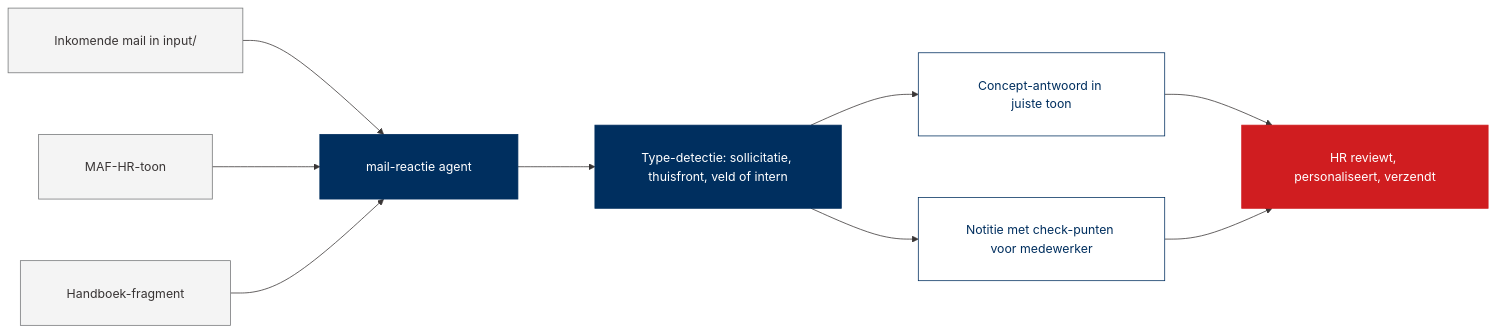
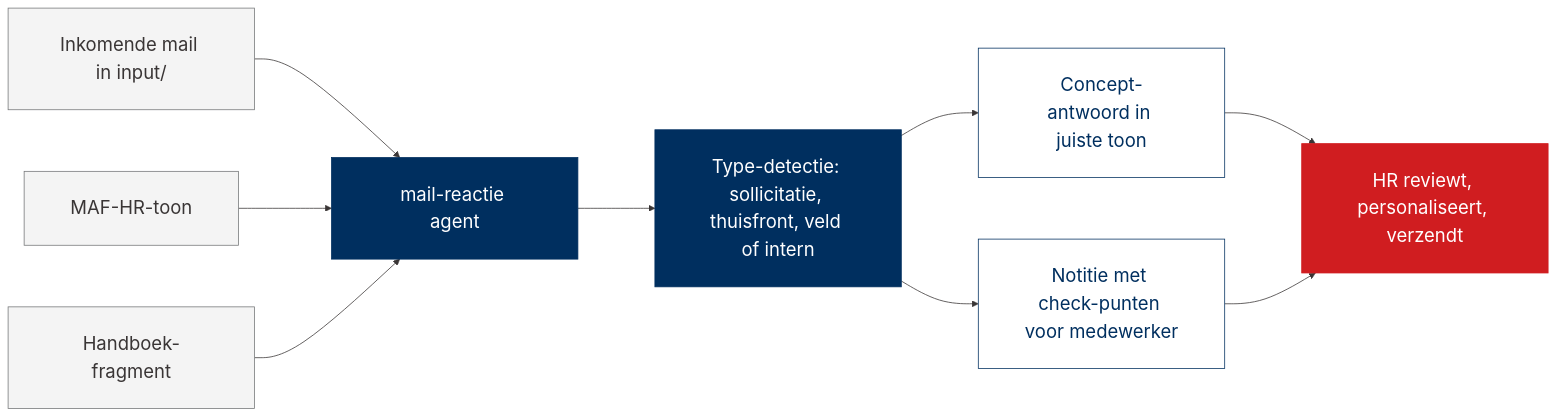
The second of 7 diagrams in demos/03-hr-finance/WORKFLOW.md (bastichelaar/maf-ai-dag), drawn with Mermaid before and after one commit. The commit also changed other lines of this file and 14 other files, not shown here.

````diff
--- a/demos/03-hr-finance/WORKFLOW.md
+++ b/demos/03-hr-finance/WORKFLOW.md
@@ -43,36 +44,37 @@
 ```mermaid
 %%{init: {'theme':'base', 'themeVariables': {
   'primaryColor': '#002f5f',
   'primaryTextColor': '#ffffff',
   'primaryBorderColor': '#002f5f',
   'lineColor': '#393535',
   'secondaryColor': '#f4f4f4',
   'tertiaryColor': '#ffffff',
-  'fontFamily': 'sans-serif'
+  'fontFamily': 'sans-serif',
+  'fontSize': '24px'
 }, 'flowchart': {
   'subGraphTitleMargin': {'top': 30, 'bottom': 60},
   'padding': 30,
   'nodeSpacing': 80,
   'rankSpacing': 100,
   'diagramPadding': 30,
   'titleTopMargin': 30
 }}}%%
 flowchart LR
-  A[Inkomende mail in input/] --> B[mail-reactie agent]
+  A["Inkomende mail in input/"] --> B[mail-reactie agent]
   T[MAF-HR-toon] --> B
   H[Handboek-fragment] --> B
-  B --> C[Type-detectie: sollicitatie, thuisfront, veld of intern]
+  B --> C["Type-detectie: sollicitatie, thuisfront, veld of intern"]
   C --> D[Concept-antwoord in juiste toon]
   C --> E[Notitie met check-punten voor medewerker]
   D --> F[HR reviewt, personaliseert, verzendt]
   E --> F
 
   classDef input fill:#f4f4f4,stroke:#747678,color:#393535
   classDef agent fill:#002f5f,stroke:#002f5f,color:#ffffff
   classDef output fill:#ffffff,stroke:#002f5f,color:#002f5f
   classDef finale fill:#d01d20,stroke:#d01d20,color:#ffffff
   class A,T,H input
   class B,C agent
   class D,E output
   class F finale
 ```
````
